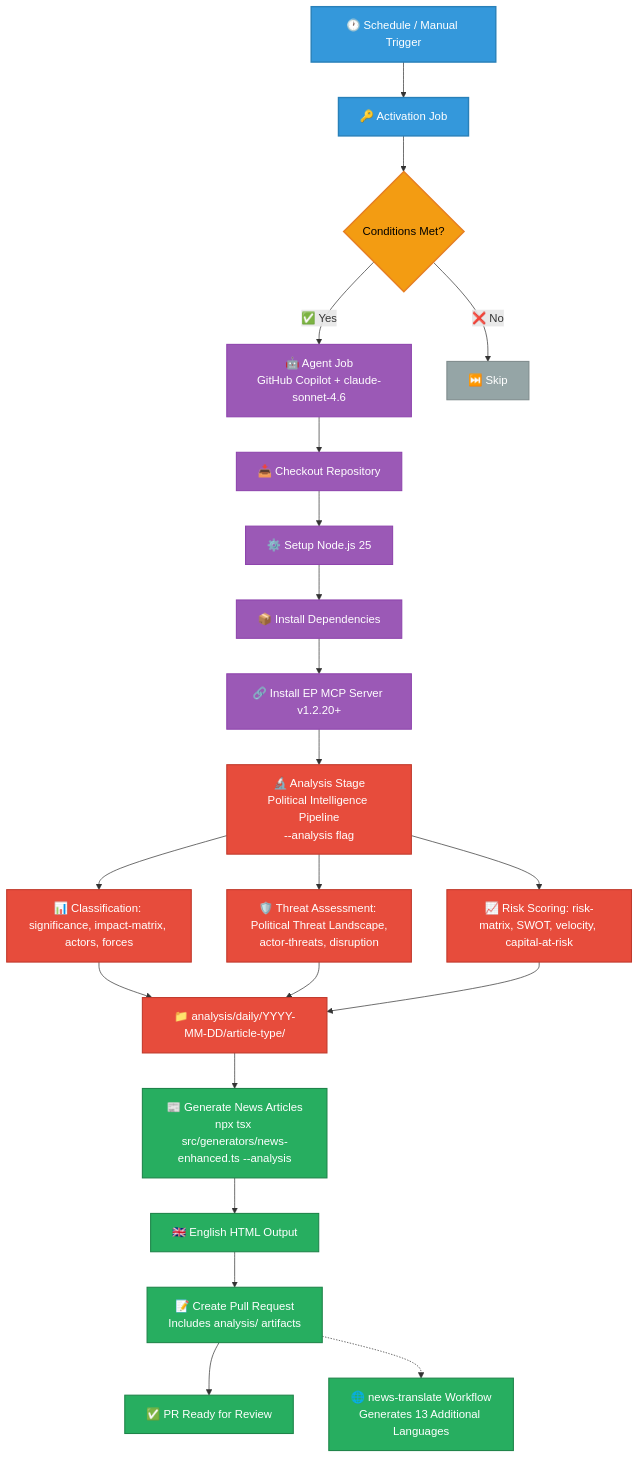
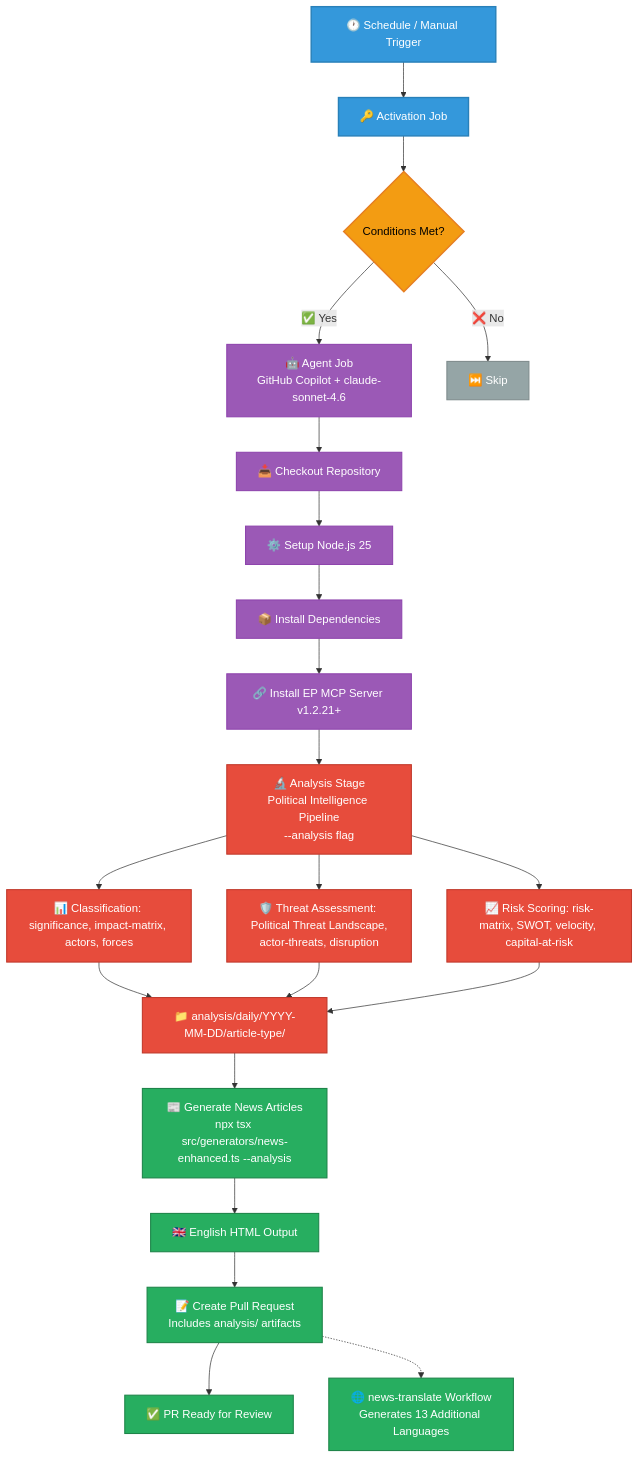
One commit to Hack23/euparliamentmonitor changed the third of 22 diagrams in WORKFLOWS.md. Above: the diagram before and after it, drawn with Mermaid. The commit also changed other lines of this file and 66 other files, not shown here.

First line of the commit message:
chore: bump european-parliament-mcp-server 1.2.20 → 1.2.21 across all configs, workflows, docs, and source

````diff
--- a/WORKFLOWS.md
+++ b/WORKFLOWS.md
@@ -275,37 +275,37 @@
 ```mermaid
 graph TD
     A[🕐 Schedule / Manual Trigger] --> B[🔑 Activation Job]
     B --> C{Conditions Met?}
     C -->|✅ Yes| D[🤖 Agent Job<br/>GitHub Copilot + claude-sonnet-4.6]
     C -->|❌ No| E[⏭️ Skip]
     D --> F[📥 Checkout Repository]
     F --> G[⚙️ Setup Node.js 25]
     G --> H[📦 Install Dependencies]
-    H --> I[🔗 Install EP MCP Server v1.2.20+]
+    H --> I[🔗 Install EP MCP Server v1.2.21+]
     I --> J1[🔬 Analysis Stage<br/>Political Intelligence Pipeline<br/>--analysis flag]
     J1 --> J1a[📊 Classification: significance, impact-matrix, actors, forces]
     J1 --> J1b[🛡️ Threat Assessment: Political Threat Landscape,<br/>actor-threats, disruption]
     J1 --> J1c[📈 Risk Scoring: risk-matrix, SWOT, velocity, capital-at-risk]
     J1a --> J1d["📁 analysis/daily/YYYY-MM-DD/article-type/"]
     J1b --> J1d
     J1c --> J1d
     J1d --> J[📰 Generate News Articles<br/>npx tsx src/generators/news-enhanced.ts --analysis]
     J --> K[🇬🇧 English HTML Output]
     K --> L[📝 Create Pull Request<br/>Includes analysis/ artifacts]
     L --> M[✅ PR Ready for Review]
     L -.-> N[🌐 news-translate Workflow<br/>Generates 13 Additional Languages]
 
     classDef trigger fill:#3498db,stroke:#2980b9,stroke-width:2px,color:white
     classDef process fill:#9b59b6,stroke:#8e44ad,stroke-width:1.5px,color:white
     classDef decision fill:#f39c12,stroke:#e67e22,stroke-width:2px,color:black
     classDef skip fill:#95a5a6,stroke:#7f8c8d,stroke-width:1.5px,color:white
     classDef analysis fill:#e74c3c,stroke:#c0392b,stroke-width:1.5px,color:white
     classDef output fill:#27ae60,stroke:#1e8449,stroke-width:1.5px,color:white
 
     class A,B trigger
     class D,F,G,H,I process
     class C decision
     class E skip
     class J1,J1a,J1b,J1c,J1d analysis
     class J,K,L,M,N output
 ```
````
